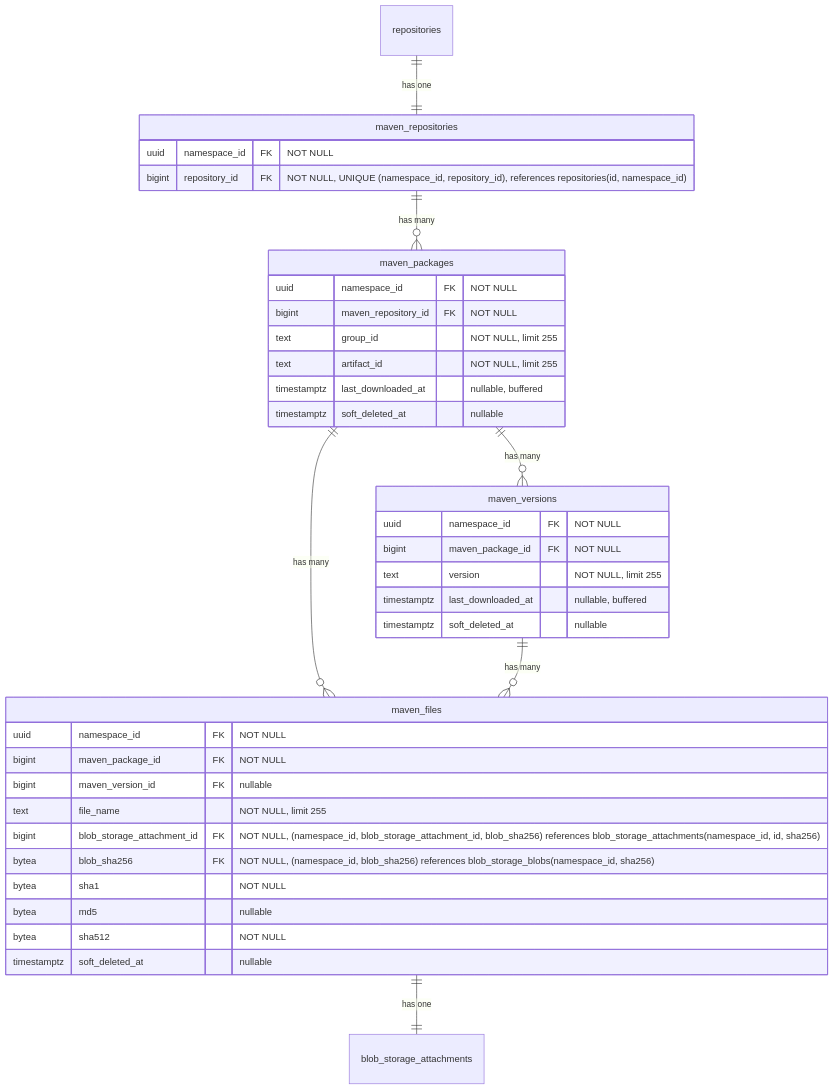
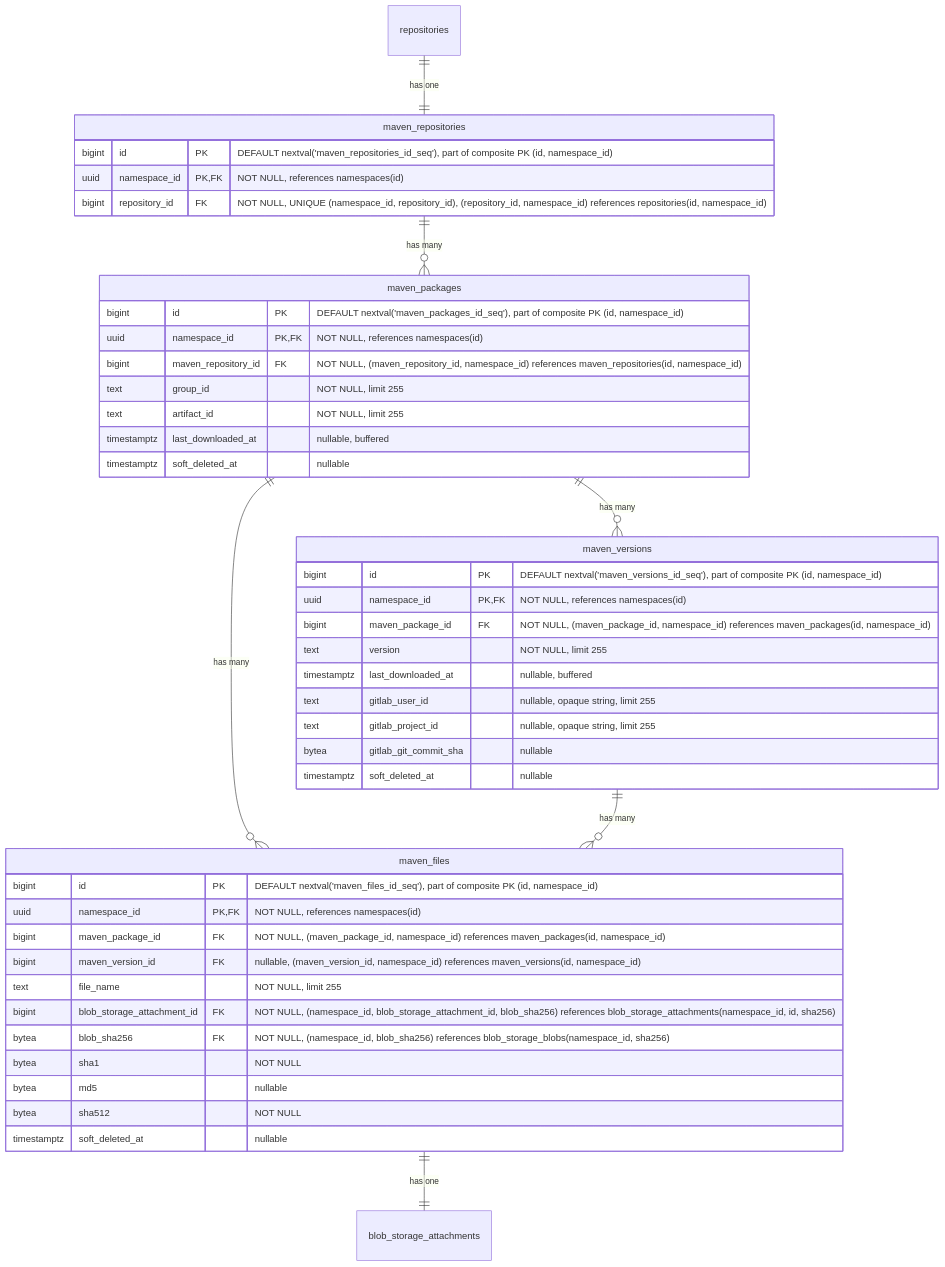
Before and after one commit to kyama0/gitlab-handbook-ja: the tenth of 19 diagrams in content/handbook/engineering/architecture/design-documents/artifact_registry/decisions/007_database_schema.md, drawn with Mermaid. The commit also changed other lines of this file and 7 other files, not shown here.

````diff
--- a/content/handbook/engineering/architecture/design-documents/artifact_registry/decisions/007_database_schema.md
+++ b/content/handbook/engineering/architecture/design-documents/artifact_registry/decisions/007_database_schema.md
@@ -685,44 +723,51 @@
 ```mermaid
 erDiagram
     repositories ||--|| maven_repositories : "has one"
     maven_repositories ||--o{ maven_packages : "has many"
     maven_packages ||--o{ maven_versions : "has many"
     maven_packages ||--o{ maven_files : "has many"
     maven_versions ||--o{ maven_files : "has many"
     maven_files ||--|| blob_storage_attachments : "has one"
 
     maven_repositories {
-        uuid namespace_id FK "NOT NULL"
-        bigint repository_id FK "NOT NULL, UNIQUE (namespace_id, repository_id), references repositories(id, namespace_id)"
+        bigint id PK "DEFAULT nextval('maven_repositories_id_seq'), part of composite PK (id, namespace_id)"
+        uuid namespace_id PK,FK "NOT NULL, references namespaces(id)"
+        bigint repository_id FK "NOT NULL, UNIQUE (namespace_id, repository_id), (repository_id, namespace_id) references repositories(id, namespace_id)"
     }
 
     maven_packages {
-        uuid namespace_id FK "NOT NULL"
-        bigint maven_repository_id FK "NOT NULL"
+        bigint id PK "DEFAULT nextval('maven_packages_id_seq'), part of composite PK (id, namespace_id)"
+        uuid namespace_id PK,FK "NOT NULL, references namespaces(id)"
+        bigint maven_repository_id FK "NOT NULL, (maven_repository_id, namespace_id) references maven_repositories(id, namespace_id)"
         text group_id "NOT NULL, limit 255"
         text artifact_id "NOT NULL, limit 255"
         timestamptz last_downloaded_at "nullable, buffered"
         timestamptz soft_deleted_at "nullable"
     }
 
     maven_versions {
-        uuid namespace_id FK "NOT NULL"
-        bigint maven_package_id FK "NOT NULL"
+        bigint id PK "DEFAULT nextval('maven_versions_id_seq'), part of composite PK (id, namespace_id)"
+        uuid namespace_id PK,FK "NOT NULL, references namespaces(id)"
+        bigint maven_package_id FK "NOT NULL, (maven_package_id, namespace_id) references maven_packages(id, namespace_id)"
         text version "NOT NULL, limit 255"
         timestamptz last_downloaded_at "nullable, buffered"
+        text gitlab_user_id "nullable, opaque string, limit 255"
+        text gitlab_project_id "nullable, opaque string, limit 255"
+        bytea gitlab_git_commit_sha "nullable"
         timestamptz soft_deleted_at "nullable"
     }
 
     maven_files {
-        uuid namespace_id FK "NOT NULL"
-        bigint maven_package_id FK "NOT NULL"
-        bigint maven_version_id FK "nullable"
+        bigint id PK "DEFAULT nextval('maven_files_id_seq'), part of composite PK (id, namespace_id)"
+        uuid namespace_id PK,FK "NOT NULL, references namespaces(id)"
+        bigint maven_package_id FK "NOT NULL, (maven_package_id, namespace_id) references maven_packages(id, namespace_id)"
+        bigint maven_version_id FK "nullable, (maven_version_id, namespace_id) references maven_versions(id, namespace_id)"
         text file_name "NOT NULL, limit 255"
         bigint blob_storage_attachment_id FK "NOT NULL, (namespace_id, blob_storage_attachment_id, blob_sha256) references blob_storage_attachments(namespace_id, id, sha256)"
         bytea blob_sha256 FK "NOT NULL, (namespace_id, blob_sha256) references blob_storage_blobs(namespace_id, sha256)"
         bytea sha1 "NOT NULL"
         bytea md5 "nullable"
         bytea sha512 "NOT NULL"
         timestamptz soft_deleted_at "nullable"
     }
 ```
````
